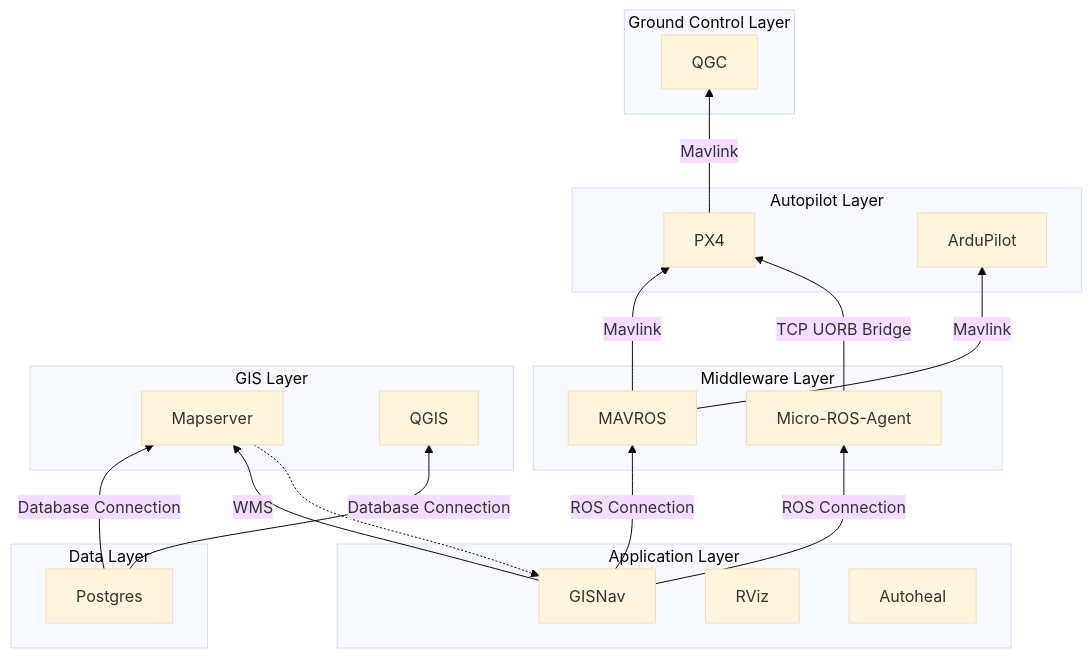
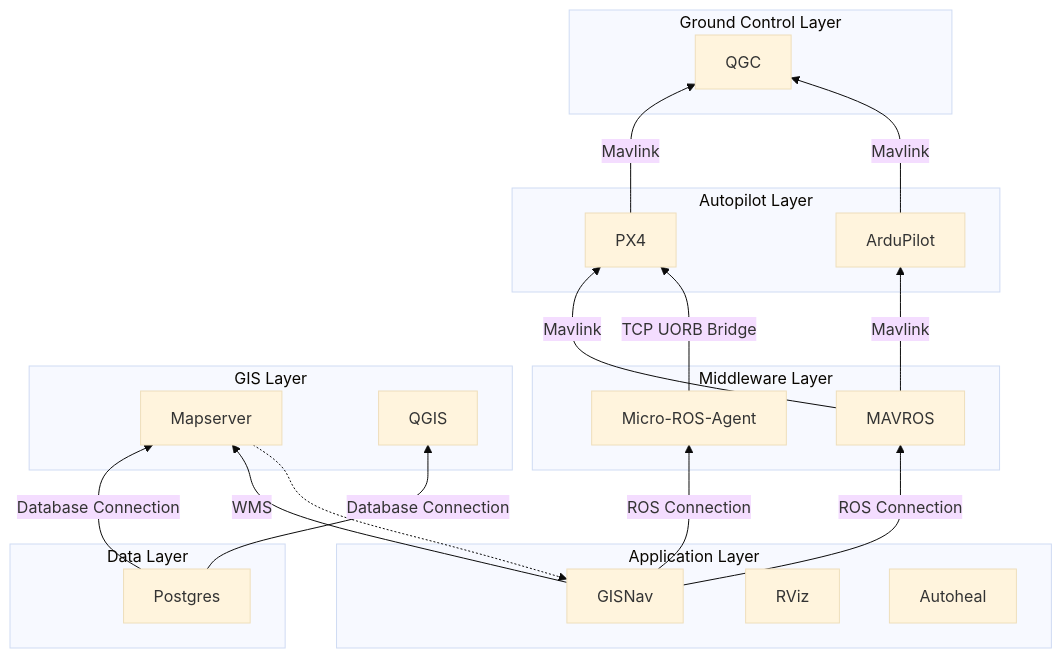
One commit to hmakelin/gisnav changed the diagram in docs/pages/developer_guide/offboard/docker_compose.rst. Above: the diagram before and after it, drawn with Mermaid (base theme). The commit also changed other lines of this file and 6 other files, not shown here.

```diff
--- a/docs/pages/developer_guide/offboard/docker_compose.rst
+++ b/docs/pages/developer_guide/offboard/docker_compose.rst
@@ -72,44 +71,45 @@
 .. mermaid::
 
     graph BT
         subgraph ground_control_layer["Ground Control Layer"]
             qgc[QGC]
         end
 
         subgraph autopilot_layer["Autopilot Layer"]
             px4[PX4]
             ardupilot[ArduPilot]
         end
 
         subgraph middleware_layer["Middleware Layer"]
+            micro_ros_agent[Micro-ROS-Agent]
             mavros[MAVROS]
-            micro_ros_agent[Micro-ROS-Agent]
         end
 
         subgraph application_layer["Application Layer"]
             gisnav[GISNav]
             rviz[RViz]
             autoheal[Autoheal]
         end
 
         subgraph gis_layer["GIS Layer"]
             mapserver[Mapserver]
             qgis[QGIS]
         end
 
         subgraph data_layer["Data Layer"]
             postgres[Postgres]
         end
 
         postgres -->|Database Connection| mapserver
         postgres -->|Database Connection| qgis
 
         mapserver -.-> gisnav
         gisnav -->|WMS| mapserver
         gisnav -->|ROS Connection| mavros
         gisnav -->|ROS Connection| micro_ros_agent
 
+        mavros -->|Mavlink| ardupilot
         mavros -->|Mavlink| px4
-        mavros -->|Mavlink| ardupilot
         micro_ros_agent -->|"TCP UORB Bridge"| px4
         px4 -->|Mavlink| qgc
+        ardupilot -->|Mavlink| qgc
```
